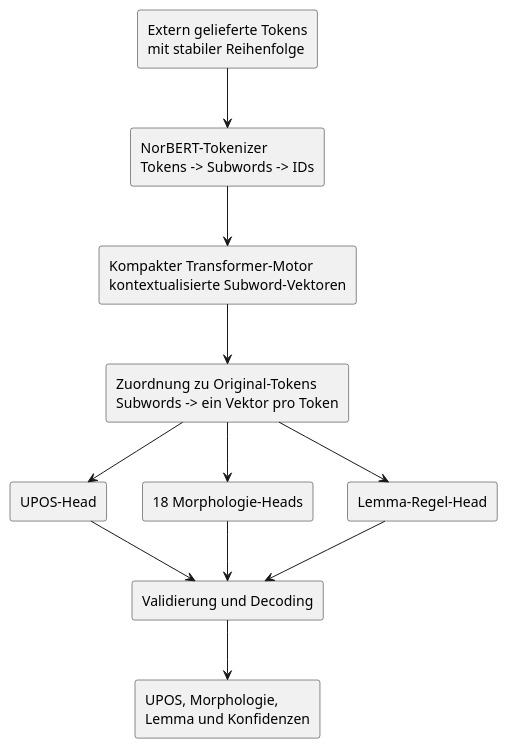
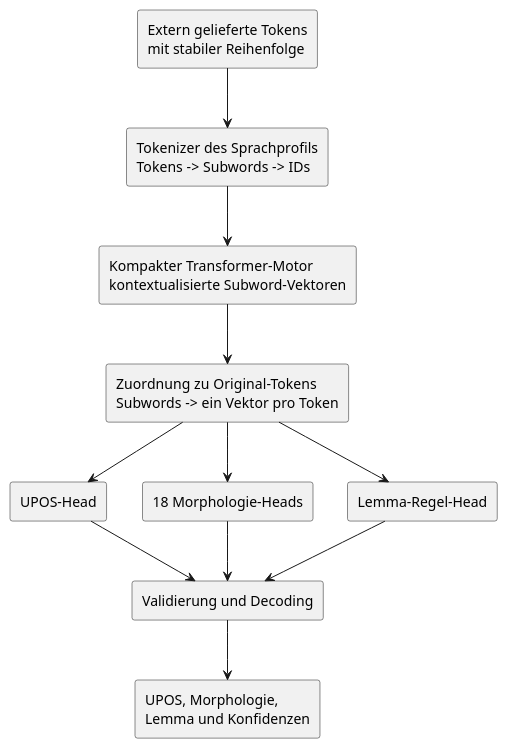
Before and after one commit to dmlux/Prism: the first of 6 diagrams in docs/ARCHITECTURE.md, drawn with PlantUML. The commit also changed other lines of this file and 26 other files, not shown here.

````diff
--- a/docs/ARCHITECTURE.md
+++ b/docs/ARCHITECTURE.md
@@ -42,30 +45,30 @@
 ```plantuml
 @startuml prism-overview
 skinparam backgroundColor transparent
 skinparam componentStyle rectangle
 skinparam shadowing false
 
 rectangle "Extern gelieferte Tokens\nmit stabiler Reihenfolge" as Tokens
-rectangle "NorBERT-Tokenizer\nTokens -> Subwords -> IDs" as Tokenizer
+rectangle "Tokenizer des Sprachprofils\nTokens -> Subwords -> IDs" as Tokenizer
 rectangle "Kompakter Transformer-Motor\nkontextualisierte Subword-Vektoren" as Encoder
 rectangle "Zuordnung zu Original-Tokens\nSubwords -> ein Vektor pro Token" as Alignment
 
 rectangle "UPOS-Head" as Upos
 rectangle "18 Morphologie-Heads" as Morph
 rectangle "Lemma-Regel-Head" as Lemma
 
 rectangle "Validierung und Decoding" as Decode
 rectangle "UPOS, Morphologie,\nLemma und Konfidenzen" as Results
 
 Tokens --> Tokenizer
 Tokenizer --> Encoder
 Encoder --> Alignment
 Alignment --> Upos
 Alignment --> Morph
 Alignment --> Lemma
 Upos --> Decode
 Morph --> Decode
 Lemma --> Decode
 Decode --> Results
 @enduml
 ```
````
